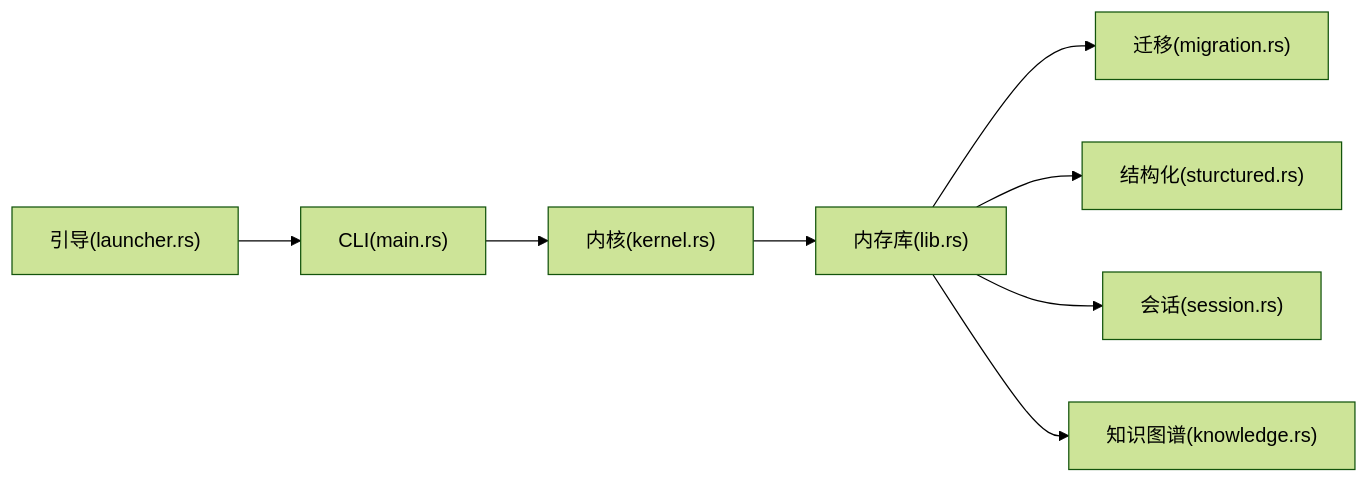
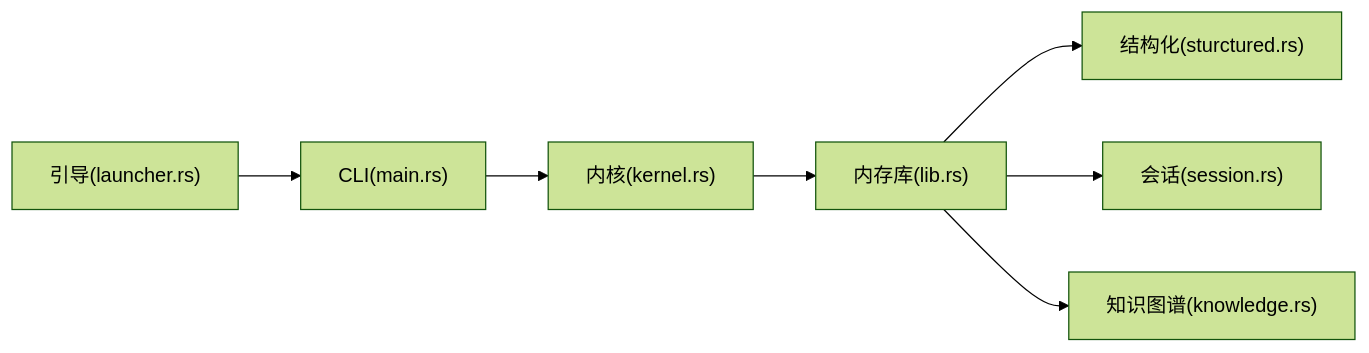
The fifth of 5 diagrams in .qoder/repowiki/zh/content/核心模块详解/内存子系统 (openfang-memory)/迁移系统.md (hexiaowen-bot/openfang), drawn with Mermaid (forest theme) before and after one commit. The commit also changed other lines of this file and 31 other files, not shown here.

````diff
--- a/.qoder/repowiki/zh/content/核心模块详解/内存子系统 (openfang-memory)/迁移系统.md
+++ b/.qoder/repowiki/zh/content/核心模块详解/内存子系统 (openfang-memory)/迁移系统.md
@@ -288,10 +261,9 @@
 ```mermaid
 graph LR
 Kernel["内核(kernel.rs)"] --> MemoryLib["内存库(lib.rs)"]
-MemoryLib --> Migration["迁移(migration.rs)"]
 MemoryLib --> Structured["结构化(sturctured.rs)"]
 MemoryLib --> Session["会话(session.rs)"]
 MemoryLib --> Knowledge["知识图谱(knowledge.rs)"]
 CLI["CLI(main.rs)"] --> Kernel
 Launcher["引导(launcher.rs)"] --> CLI
 ```
````
